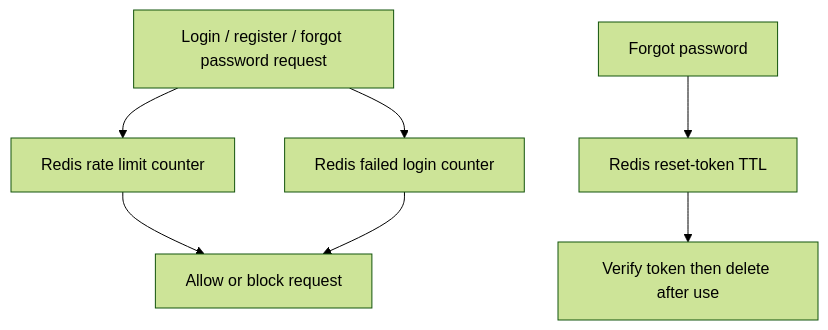
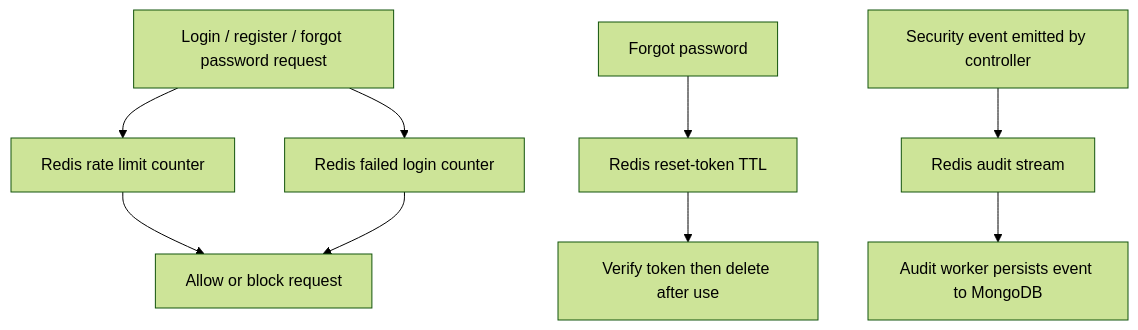
One commit to riddhijain1509/Keymate changed the diagram in docs/redis.md. Above: the diagram before and after it, drawn with Mermaid (forest theme). The commit also changed other lines of this file and 14 other files, not shown here.

````diff
--- a/docs/redis.md
+++ b/docs/redis.md
@@ -44,9 +45,11 @@
 ```mermaid
 flowchart TD
   A[Login / register / forgot password request] --> B[Redis rate limit counter]
   A --> C[Redis failed login counter]
   D[Forgot password] --> E[Redis reset-token TTL]
+  H[Security event emitted by controller] --> I[Redis audit stream]
   B --> F[Allow or block request]
   C --> F
   E --> G[Verify token then delete after use]
+  I --> J[Audit worker persists event to MongoDB]
 ```
````
